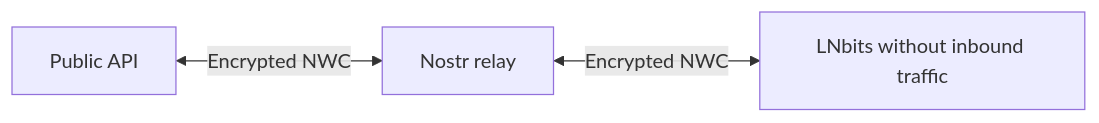
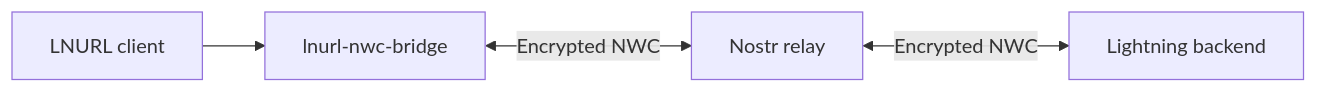
The diagram in README.md (max-gy/lnurl-nwc-bridge), drawn with Mermaid before and after one commit. The commit also changed other lines of this file and 6 other files, not shown here.

````diff
--- a/README.md
+++ b/README.md
@@ -14,5 +22,6 @@
 ```mermaid
 flowchart LR
-    A[Public API] <-->|Encrypted NWC| R[Nostr relay]
-    R <-->|Encrypted NWC| B[LNbits without inbound traffic]
+    A[LNURL client] --> B[lnurl-nwc-bridge]
+    B <-->|Encrypted NWC| R[Nostr relay]
+    R <-->|Encrypted NWC| L[Lightning backend]
 ```
````
